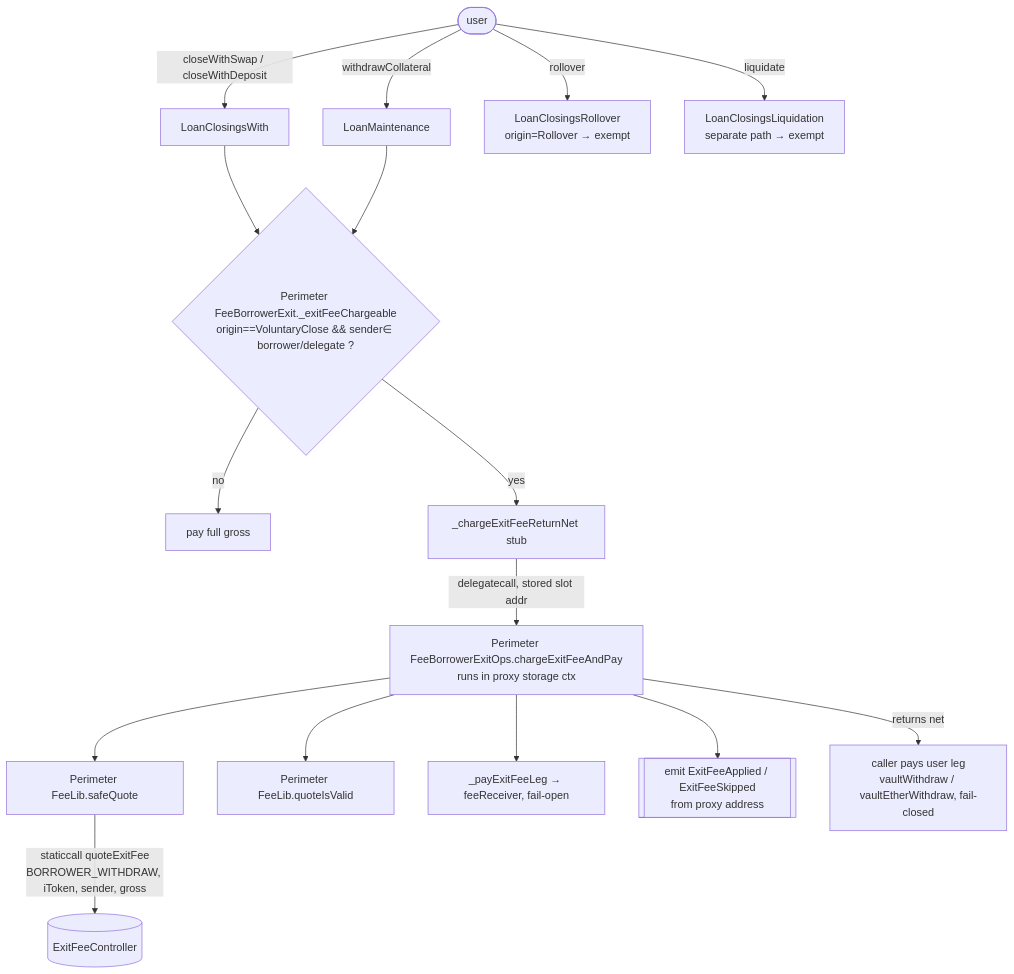
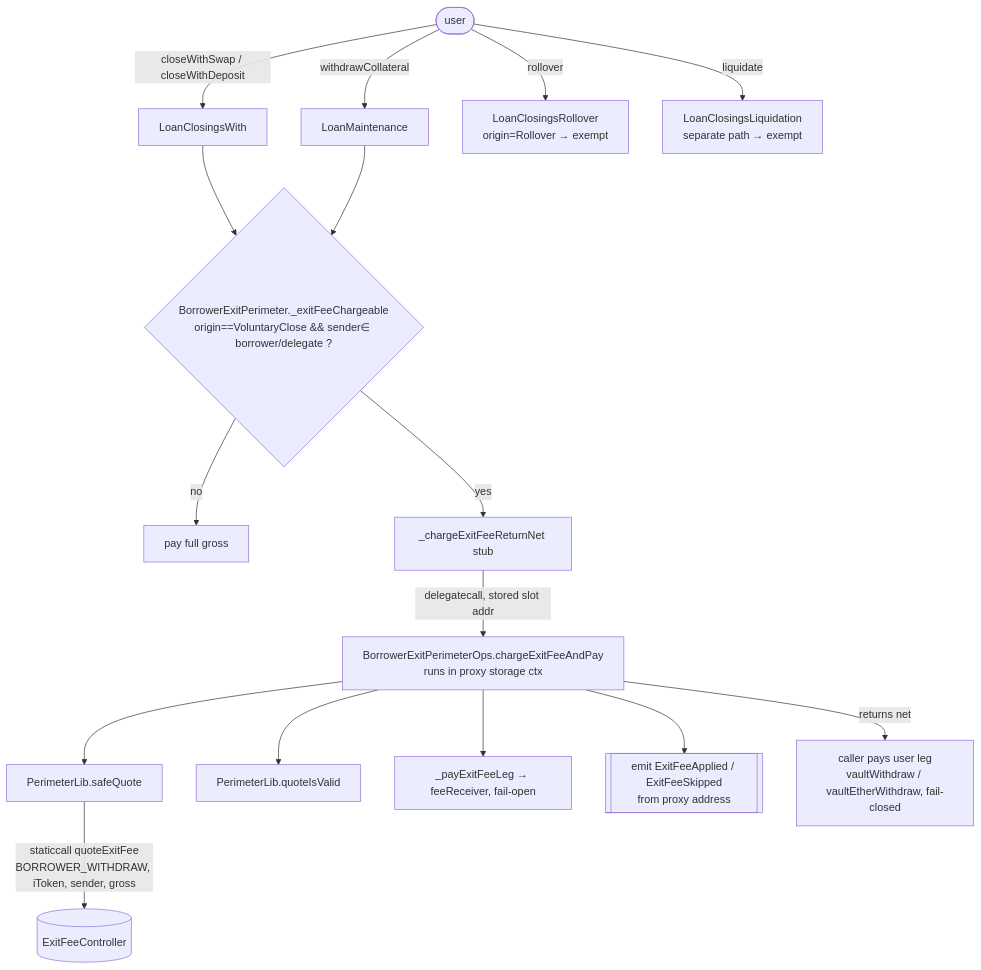
Before and after one commit to DistributedCollective/Sovryn-smart-contracts: the second of 2 diagrams in docs/PERIMETER_FEE_CALL_GRAPH.md, drawn with Mermaid. The commit also changed other lines of this file and 3 other files, not shown here.

First line of the commit message:
Name the real symbols in the call-graph doc, and re-pin the fixtures

````diff
--- a/docs/PERIMETER_FEE_CALL_GRAPH.md
+++ b/docs/PERIMETER_FEE_CALL_GRAPH.md
@@ -52,18 +52,18 @@
 ```mermaid
 flowchart TD
     U([user]) -->|closeWithSwap / closeWithDeposit| LCW[LoanClosingsWith]
     U -->|withdrawCollateral| LM[LoanMaintenance]
     U -->|rollover| RO[LoanClosingsRollover<br/>origin=Rollover → exempt]
     U -->|liquidate| LQ[LoanClosingsLiquidation<br/>separate path → exempt]
-    LCW --> GATE{Perimeter FeeBorrowerExit._exitFeeChargeable<br/>origin==VoluntaryClose && sender∈ borrower/delegate ?}
+    LCW --> GATE{BorrowerExitPerimeter._exitFeeChargeable<br/>origin==VoluntaryClose && sender∈ borrower/delegate ?}
     LM --> GATE
     GATE -->|no| FULL[pay full gross]
     GATE -->|yes| STUB[_chargeExitFeeReturnNet stub]
-    STUB -->|delegatecall, stored slot addr| LIB[Perimeter FeeBorrowerExitOps.chargeExitFeeAndPay<br/>runs in proxy storage ctx]
-    LIB --> Q[Perimeter FeeLib.safeQuote]
+    STUB -->|delegatecall, stored slot addr| LIB[BorrowerExitPerimeterOps.chargeExitFeeAndPay<br/>runs in proxy storage ctx]
+    LIB --> Q[PerimeterLib.safeQuote]
     Q -->|staticcall quoteExitFee<br/>BORROWER_WITHDRAW, iToken, sender, gross| CTRL[(ExitFeeController)]
-    LIB --> V[Perimeter FeeLib.quoteIsValid]
+    LIB --> V[PerimeterLib.quoteIsValid]
     LIB --> FEE[_payExitFeeLeg → feeReceiver, fail-open]
     LIB --> EV[[emit ExitFeeApplied / ExitFeeSkipped<br/>from proxy address]]
     LIB -->|returns net| USER[caller pays user leg<br/>vaultWithdraw / vaultEtherWithdraw, fail-closed]
 ```
````
